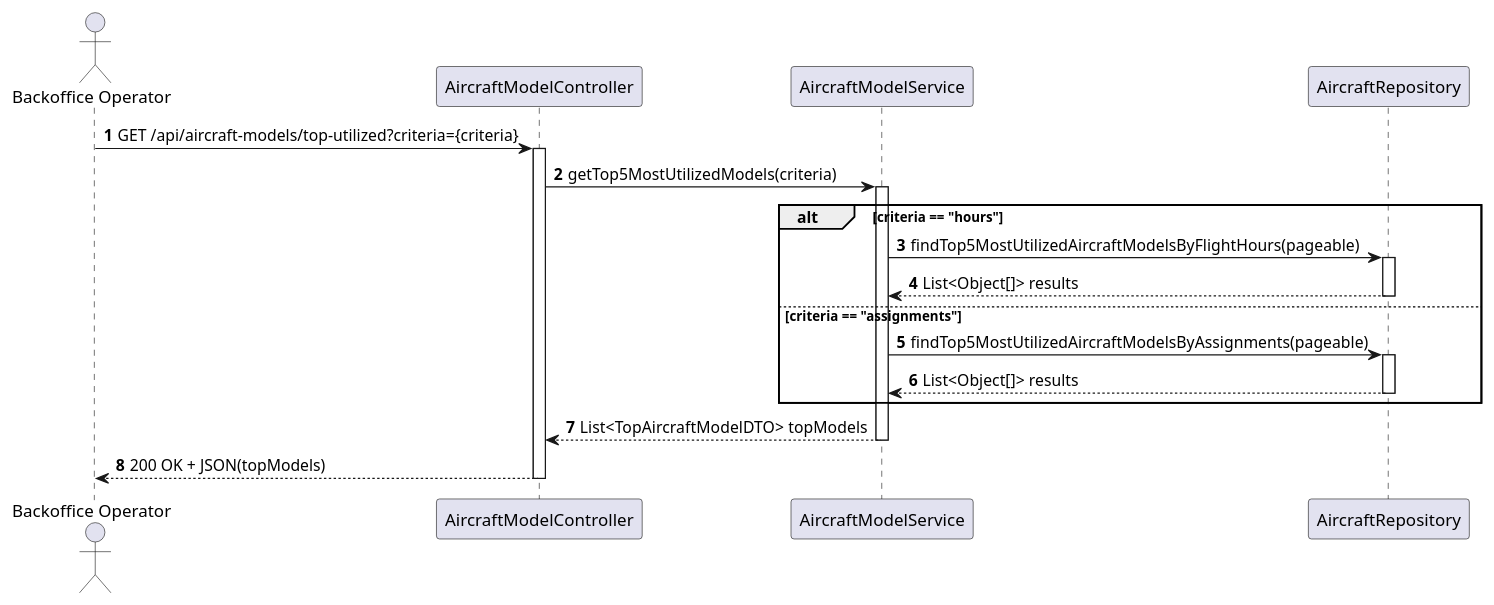
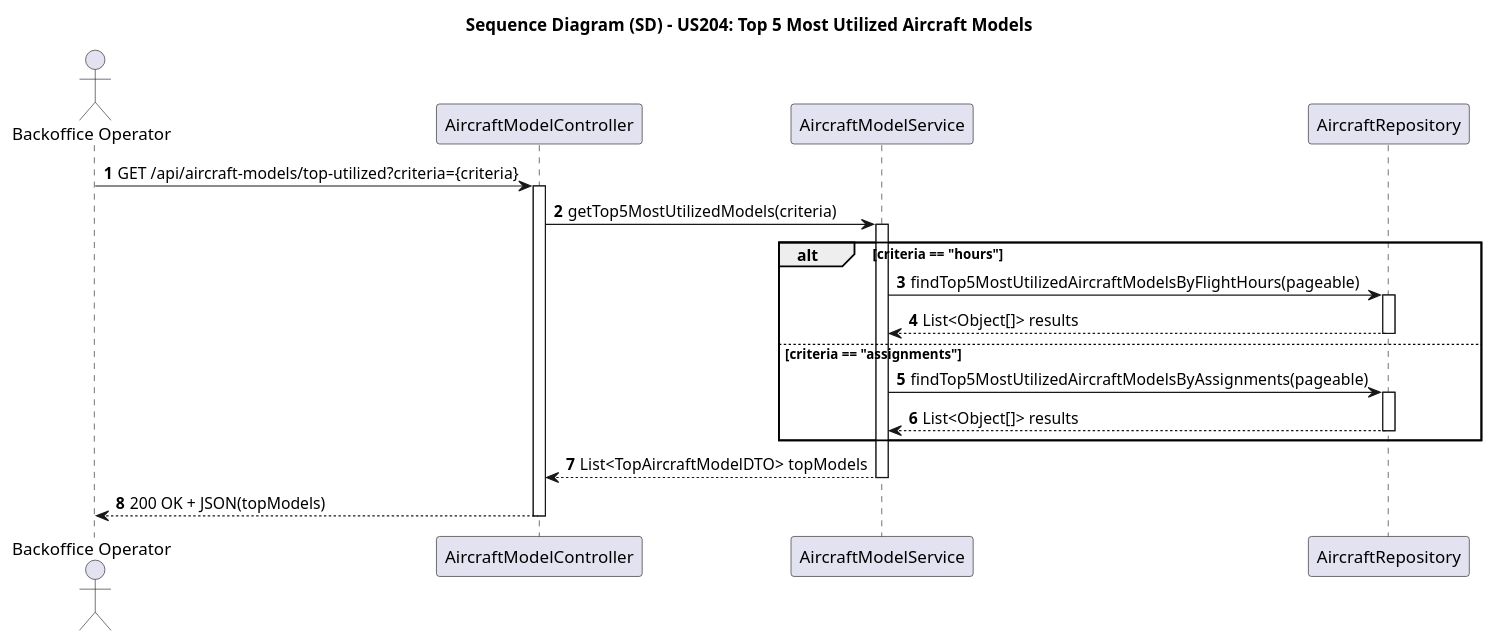
The diagram in docs/use-cases/WP#1B/US204/puml/US204-SD.puml (Andre-1240567/psoft2026_2DB_1240567_1241013_1240624), drawn with PlantUML before and after one commit. The commit also changed 28 other files, not shown here.

```diff
--- a/docs/use-cases/WP#1B/US204/puml/US204-SD.puml
+++ b/docs/use-cases/WP#1B/US204/puml/US204-SD.puml
@@ -1,32 +1,34 @@
-@startuml
+@startuml US204-SD
 autonumber
+title Sequence Diagram (SD) - US204: Top 5 Most Utilized Aircraft Models
+
 actor "Backoffice Operator" as BO
 participant "AircraftModelController" as CTRL
 participant "AircraftModelService" as SRV
 participant "AircraftRepository" as REPO
 
 BO -> CTRL : GET /api/aircraft-models/top-utilized?criteria={criteria}
 activate CTRL
 
 CTRL -> SRV : getTop5MostUtilizedModels(criteria)
 activate SRV
 
 alt criteria == "hours"
     SRV -> REPO : findTop5MostUtilizedAircraftModelsByFlightHours(pageable)
     activate REPO
     REPO --> SRV : List<Object[]> results
     deactivate REPO
 else criteria == "assignments"
     SRV -> REPO : findTop5MostUtilizedAircraftModelsByAssignments(pageable)
     activate REPO
     REPO --> SRV : List<Object[]> results
     deactivate REPO
 end
 
 SRV --> CTRL : List<TopAircraftModelDTO> topModels
 deactivate SRV
 
 CTRL --> BO : 200 OK + JSON(topModels)
 deactivate CTRL
 
 @enduml
```
